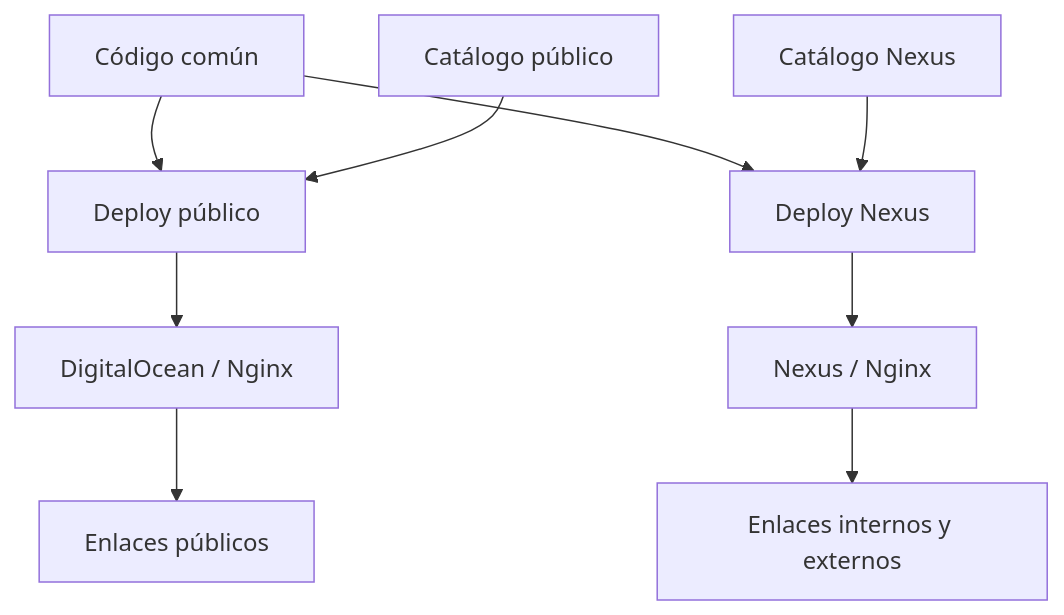
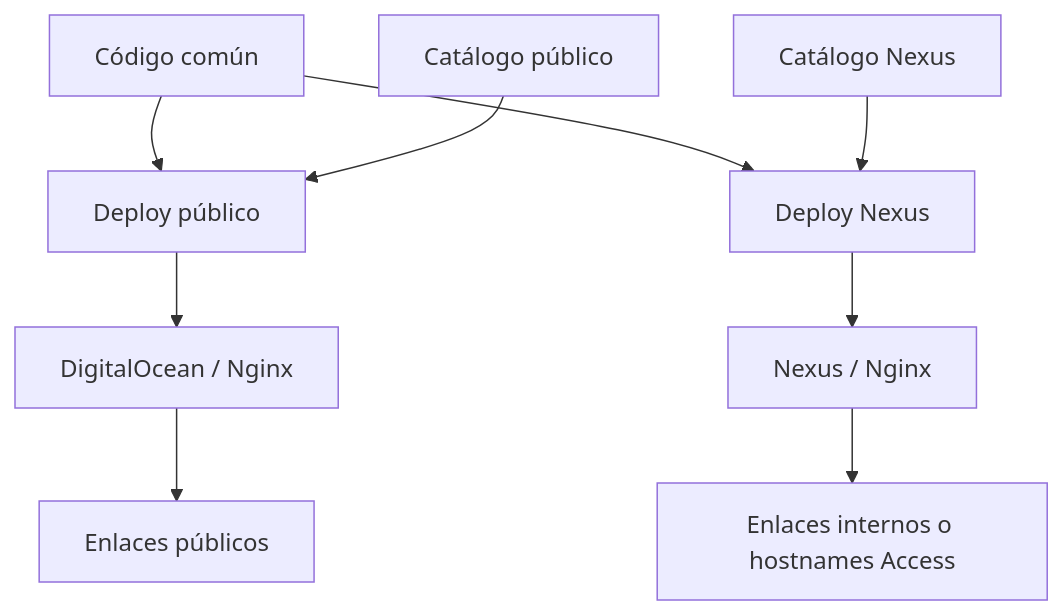
One commit to ratienza/infra-replicant-lab changed the fourth of 4 diagrams in docs/arquitectura.md. Above: the diagram before and after it, drawn with Mermaid. The commit also changed other lines of this file, not shown here.

Commit message:
docs: refresh architecture for Cloudflare Access

````diff
--- a/docs/arquitectura.md
+++ b/docs/arquitectura.md
@@ -35,11 +86,11 @@
 ```mermaid
 flowchart TD
     CODE["Código común"] --> PUB["Deploy público"]
     CODE --> LAB["Deploy Nexus"]
     PC["Catálogo público"] --> PUB
     NC["Catálogo Nexus"] --> LAB
     PUB --> DO["DigitalOcean / Nginx"]
     LAB --> NX["Nexus / Nginx"]
     DO --> PURL["Enlaces públicos"]
-    NX --> NURL["Enlaces internos y externos"]
+    NX --> NURL["Enlaces internos o hostnames Access"]
 ```
````
